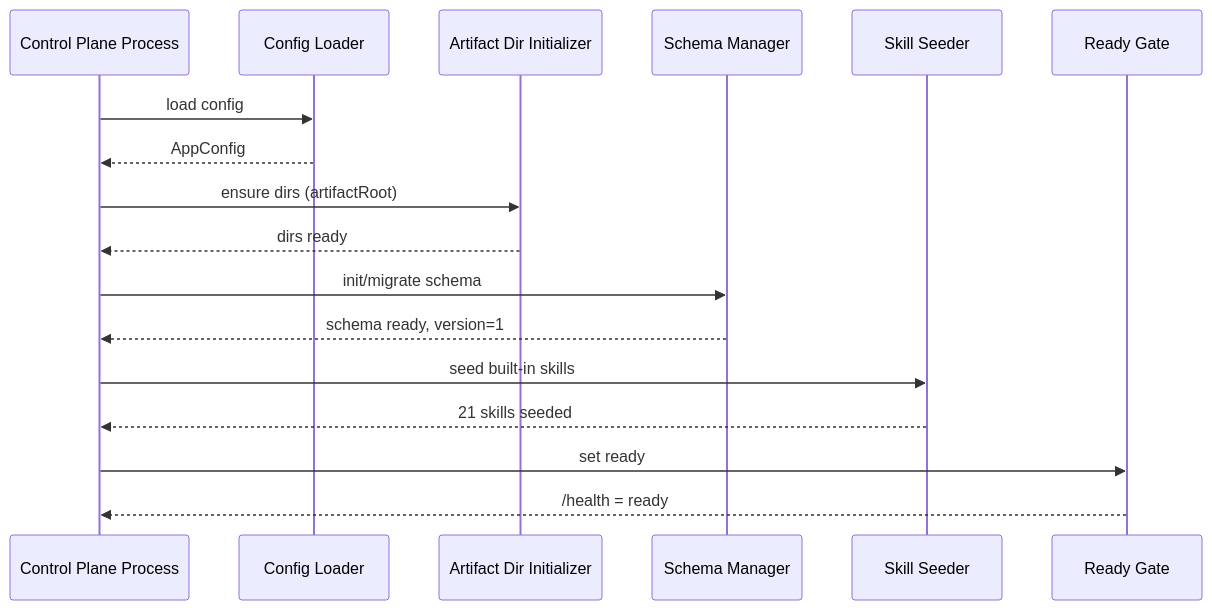
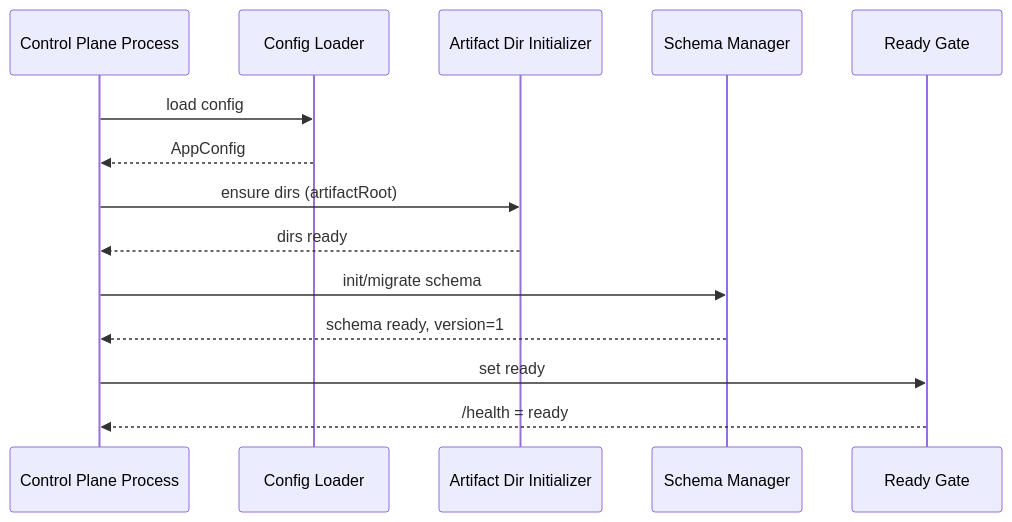
Before and after one commit to songcojp/Spec-Driven-Autonomous-Coding-System: the second of 3 diagrams in docs/features/feat-000-system-bootstrap/design.md, drawn with Mermaid. The commit also changed other lines of this file and 43 other files, not shown here.

````diff
--- a/docs/features/feat-000-system-bootstrap/design.md
+++ b/docs/features/feat-000-system-bootstrap/design.md
@@ -192,20 +185,17 @@
 ```mermaid
 sequenceDiagram
   participant Proc as Control Plane Process
   participant CL as Config Loader
   participant DI as Artifact Dir Initializer
   participant SM as Schema Manager
-  participant SS as Skill Seeder
   participant RG as Ready Gate
 
   Proc->>CL: load config
   CL-->>Proc: AppConfig
   Proc->>DI: ensure dirs (artifactRoot)
   DI-->>Proc: dirs ready
   Proc->>SM: init/migrate schema
   SM-->>Proc: schema ready, version=1
-  Proc->>SS: seed built-in skills
-  SS-->>Proc: 21 skills seeded
   Proc->>RG: set ready
   RG-->>Proc: /health = ready
 ```
````
